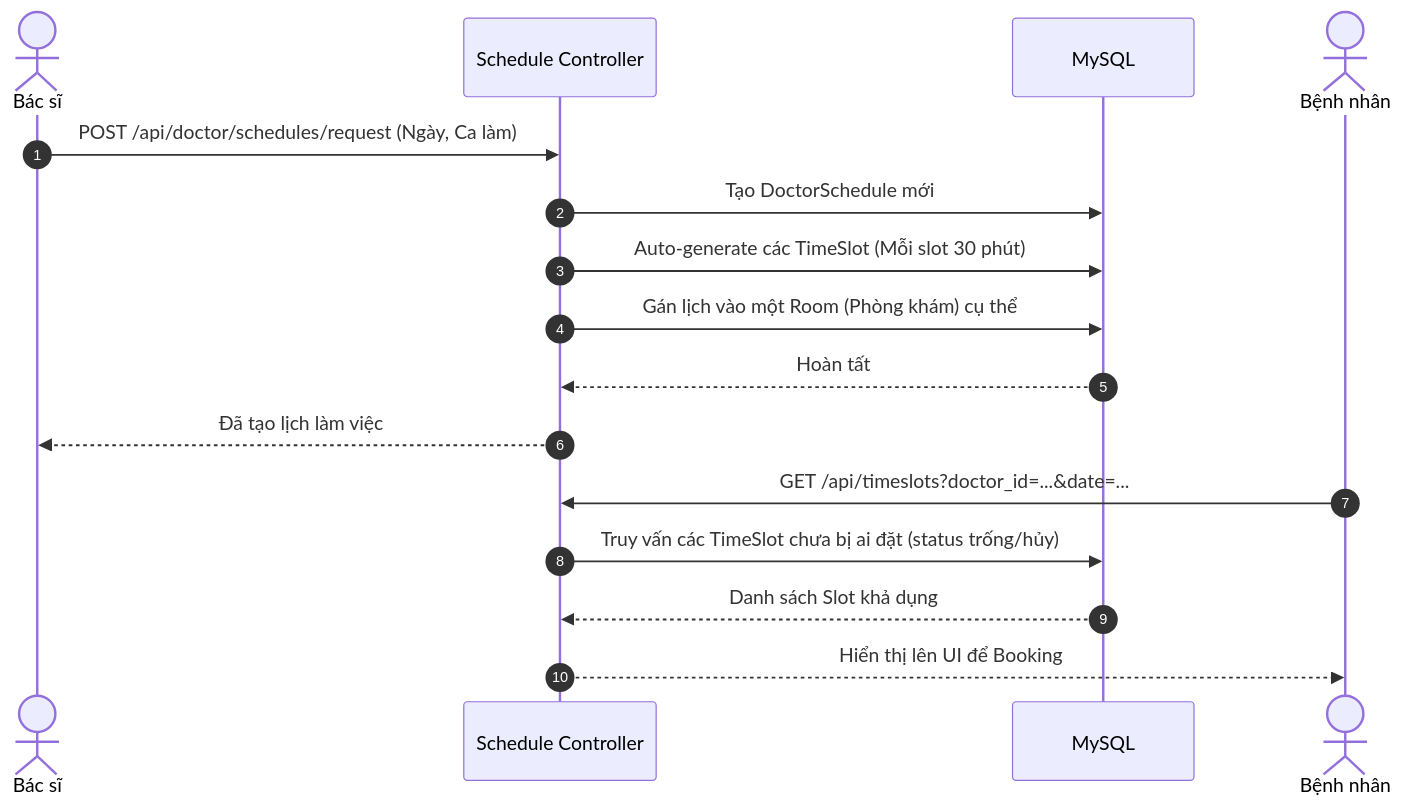
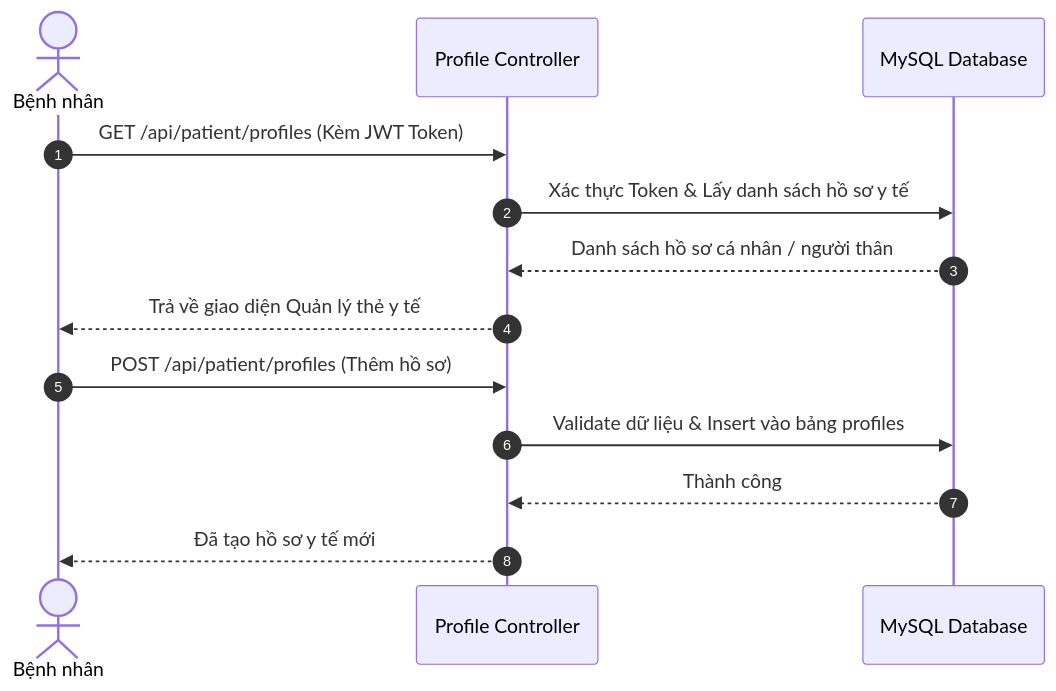
Before and after one commit to 2imBenne/markdown1906: diagram 20 of 30 in BE_FLOW_DOCUMENTATION.md, drawn with Mermaid. The commit also changed other lines of this file, not shown here.

````diff
--- a/BE_FLOW_DOCUMENTATION.md
+++ b/BE_FLOW_DOCUMENTATION.md
@@ -669,22 +586,17 @@
 ```mermaid
 sequenceDiagram
     autonumber
-    actor Doctor as Bác sĩ
-    participant API as Schedule Controller
-    participant DB as MySQL
-    actor Patient as Bệnh nhân
+    actor User as Bệnh nhân
+    participant API as Profile Controller
+    participant DB as MySQL Database
 
-    %% Luồng đăng ký lịch
-    Doctor->>API: POST /api/doctor/schedules/request (Ngày, Ca làm)
-    API->>DB: Tạo DoctorSchedule mới
-    API->>DB: Auto-generate các TimeSlot (Mỗi slot 30 phút)
-    API->>DB: Gán lịch vào một Room (Phòng khám) cụ thể
-    DB-->>API: Hoàn tất
-    API-->>Doctor: Đã tạo lịch làm việc
+    User->>API: GET /api/patient/profiles (Kèm JWT Token)
+    API->>DB: Xác thực Token & Lấy danh sách hồ sơ y tế
+    DB-->>API: Danh sách hồ sơ cá nhân / người thân
+    API-->>User: Trả về giao diện Quản lý thẻ y tế
 
-    %% Bệnh nhân lấy lịch trống
-    Patient->>API: GET /api/timeslots?doctor_id=...&date=...
-    API->>DB: Truy vấn các TimeSlot chưa bị ai đặt (status trống/hủy)
-    DB-->>API: Danh sách Slot khả dụng
-    API-->>Patient: Hiển thị lên UI để Booking
+    User->>API: POST /api/patient/profiles (Thêm hồ sơ)
+    API->>DB: Validate dữ liệu & Insert vào bảng profiles
+    DB-->>API: Thành công
+    API-->>User: Đã tạo hồ sơ y tế mới
 ```
````
